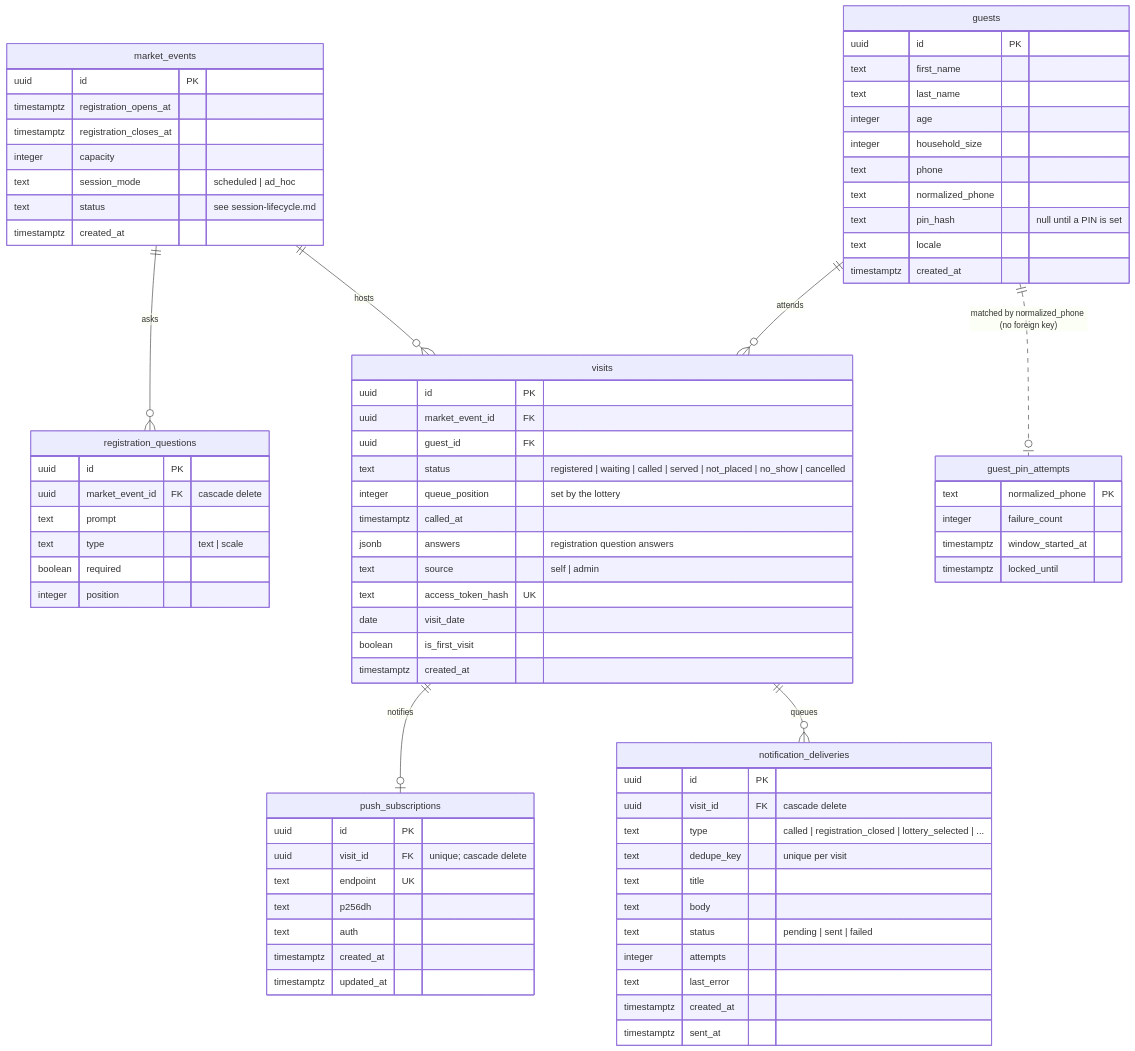
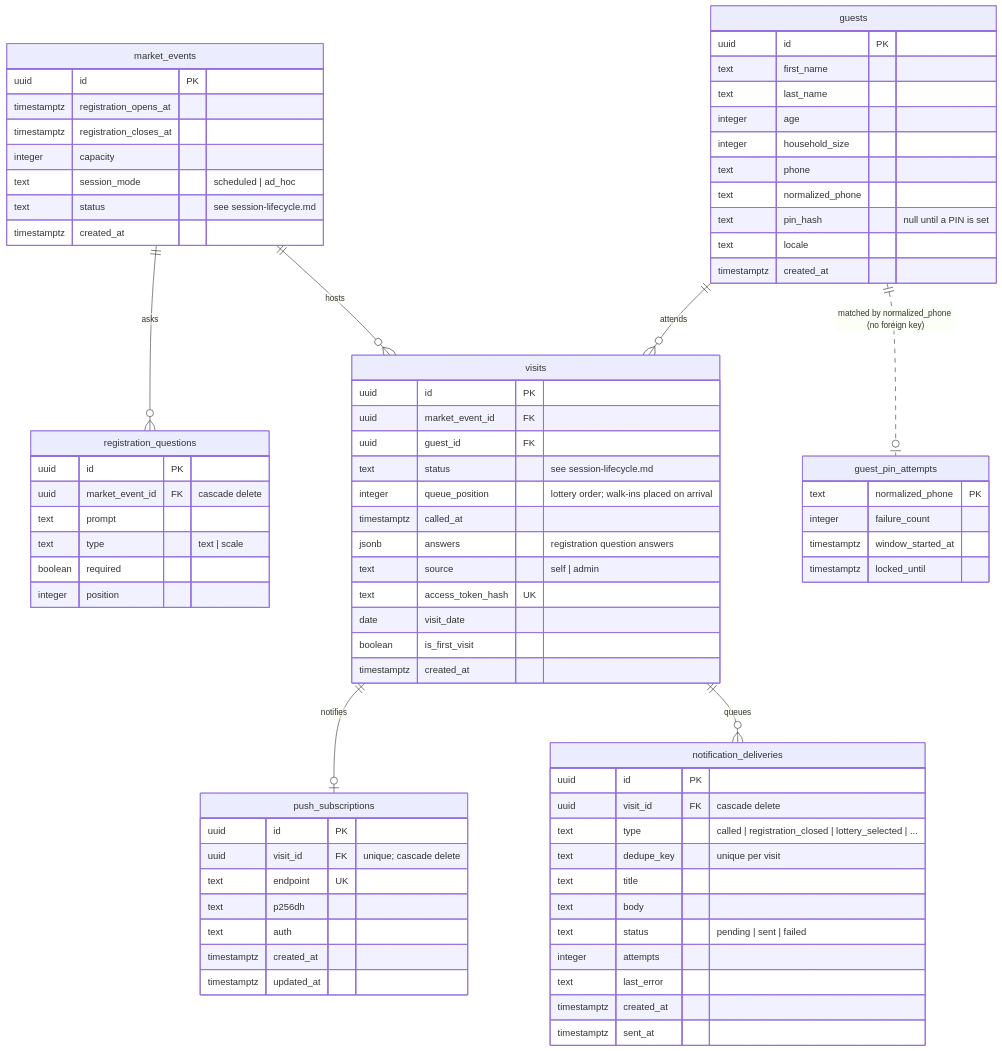
Before and after one commit to bay-compassion/food-market-app: the diagram in docs/data-model.md, drawn with Mermaid. The commit also changed other lines of this file and 21 other files, not shown here.

```diff
--- a/docs/data-model.md
+++ b/docs/data-model.md
@@ -58,8 +58,8 @@
         uuid id PK
         uuid market_event_id FK
         uuid guest_id FK
-        text status "registered | waiting | called | served | not_placed | no_show | cancelled"
-        integer queue_position "set by the lottery"
+        text status "see session-lifecycle.md"
+        integer queue_position "lottery order; walk-ins placed on arrival"
         timestamptz called_at
         jsonb answers "registration question answers"
         text source "self | admin"
```
